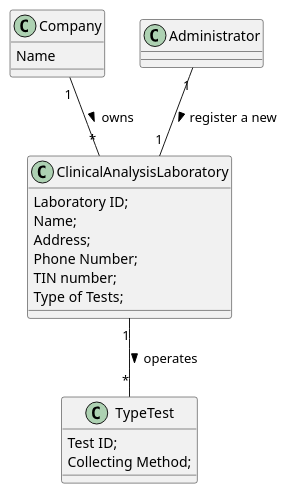
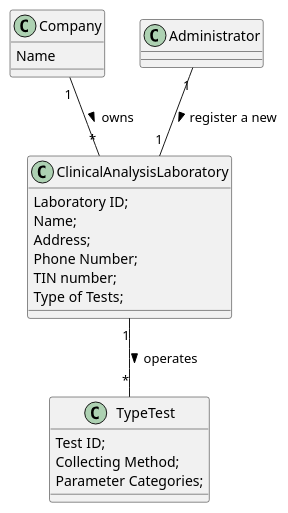
One commit to MarianaCLages/LAPR2 changed the diagram in docs/SprintB/US08/US8_MD.puml. Above: the diagram before and after it, drawn with PlantUML. The commit also changed 9 other files, not shown here.

```diff
--- a/docs/SprintB/US08/US8_MD.puml
+++ b/docs/SprintB/US08/US8_MD.puml
@@ -1,27 +1,28 @@
 @startuml
 class Company{
 Name
 }
 
 class ClinicalAnalysisLaboratory{
 Laboratory ID;
 Name;
 Address;
 Phone Number;
 TIN number;
 Type of Tests;
 }
 
 class Administrator{
 }
 
 class TypeTest{
 Test ID;
 Collecting Method;
+Parameter Categories;
 }
 
 Administrator "1" -- "1" ClinicalAnalysisLaboratory : register a new >
 Company "1" -- "*" ClinicalAnalysisLaboratory: owns >
 ClinicalAnalysisLaboratory "1" -- "*" TypeTest : operates >
 
 @enduml
```
